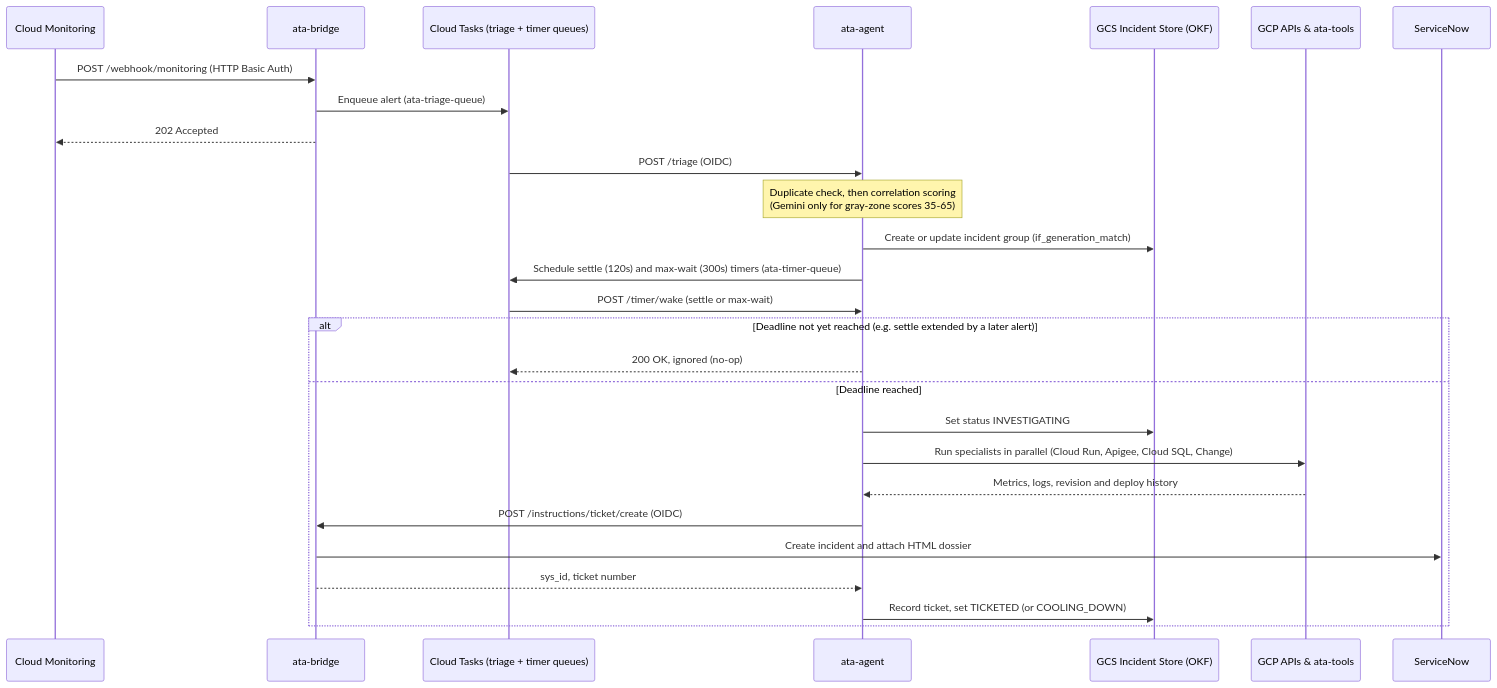
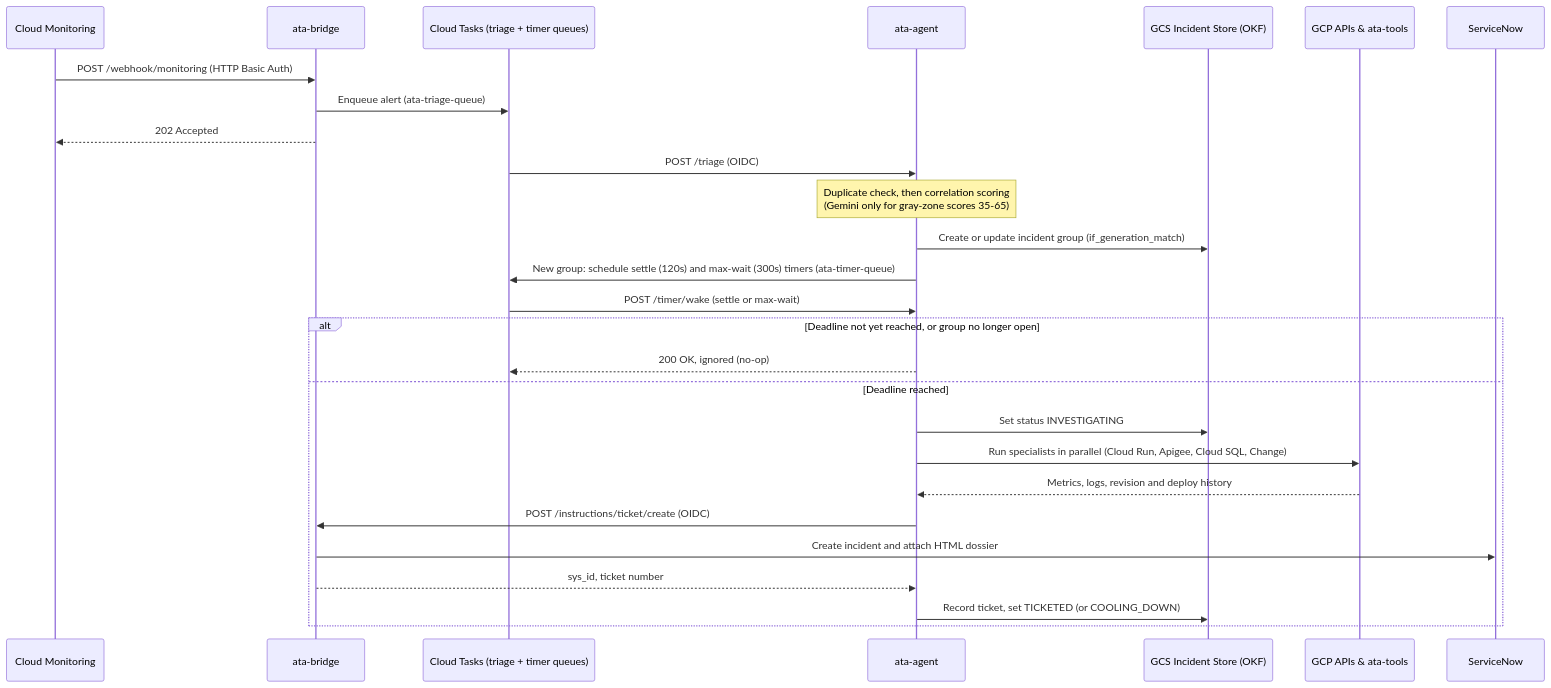
Before and after one commit to ssvaidyanathan/autocloud-prototypes: the diagram in alert-triage-agent/README.md, drawn with Mermaid. The commit also changed other lines of this file, not shown here.

First line of the commit message:
docs(alert-triage-agent): correct sequence-flow footnotes

````diff
--- a/alert-triage-agent/README.md
+++ b/alert-triage-agent/README.md
@@ -146,32 +146,32 @@
 ```mermaid
 sequenceDiagram
     participant Monitoring as Cloud Monitoring
     participant Bridge as ata-bridge
     participant Tasks as Cloud Tasks (triage + timer queues)
     participant Agent as ata-agent
     participant OKF as GCS Incident Store (OKF)
     participant Telemetry as GCP APIs & ata-tools
     participant ServiceNow as ServiceNow
 
     Monitoring->>Bridge: POST /webhook/monitoring (HTTP Basic Auth)
     Bridge->>Tasks: Enqueue alert (ata-triage-queue)
     Bridge-->>Monitoring: 202 Accepted
 
     Tasks->>Agent: POST /triage (OIDC)
     Note over Agent: Duplicate check, then correlation scoring<br/>(Gemini only for gray-zone scores 35-65)
     Agent->>OKF: Create or update incident group (if_generation_match)
-    Agent->>Tasks: Schedule settle (120s) and max-wait (300s) timers (ata-timer-queue)
+    Agent->>Tasks: New group: schedule settle (120s) and max-wait (300s) timers (ata-timer-queue)
 
     Tasks->>Agent: POST /timer/wake (settle or max-wait)
-    alt Deadline not yet reached (e.g. settle extended by a later alert)
+    alt Deadline not yet reached, or group no longer open
         Agent-->>Tasks: 200 OK, ignored (no-op)
     else Deadline reached
         Agent->>OKF: Set status INVESTIGATING
         Agent->>Telemetry: Run specialists in parallel (Cloud Run, Apigee, Cloud SQL, Change)
         Telemetry-->>Agent: Metrics, logs, revision and deploy history
         Agent->>Bridge: POST /instructions/ticket/create (OIDC)
         Bridge->>ServiceNow: Create incident and attach HTML dossier
         Bridge-->>Agent: sys_id, ticket number
         Agent->>OKF: Record ticket, set TICKETED (or COOLING_DOWN)
     end
 ```
````
